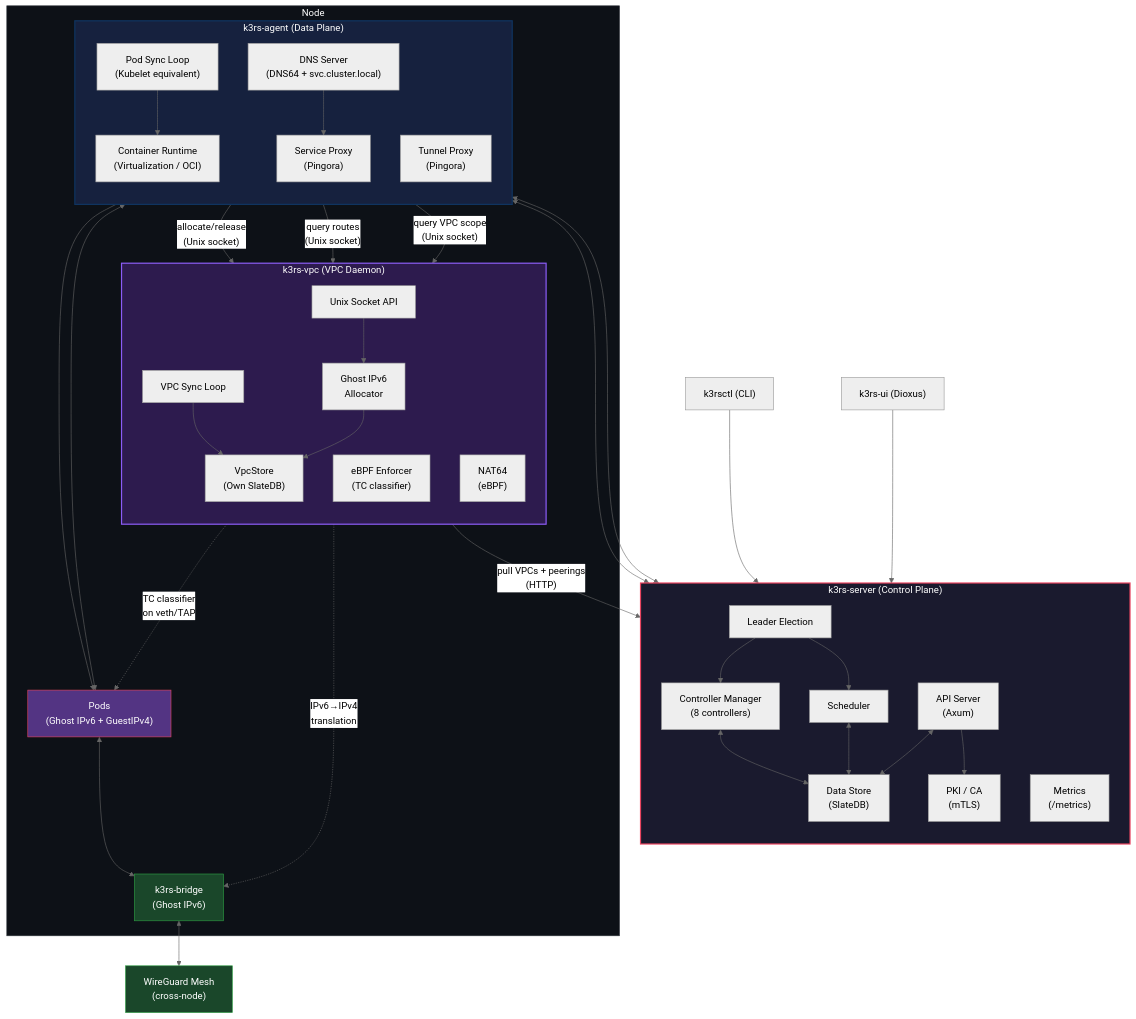
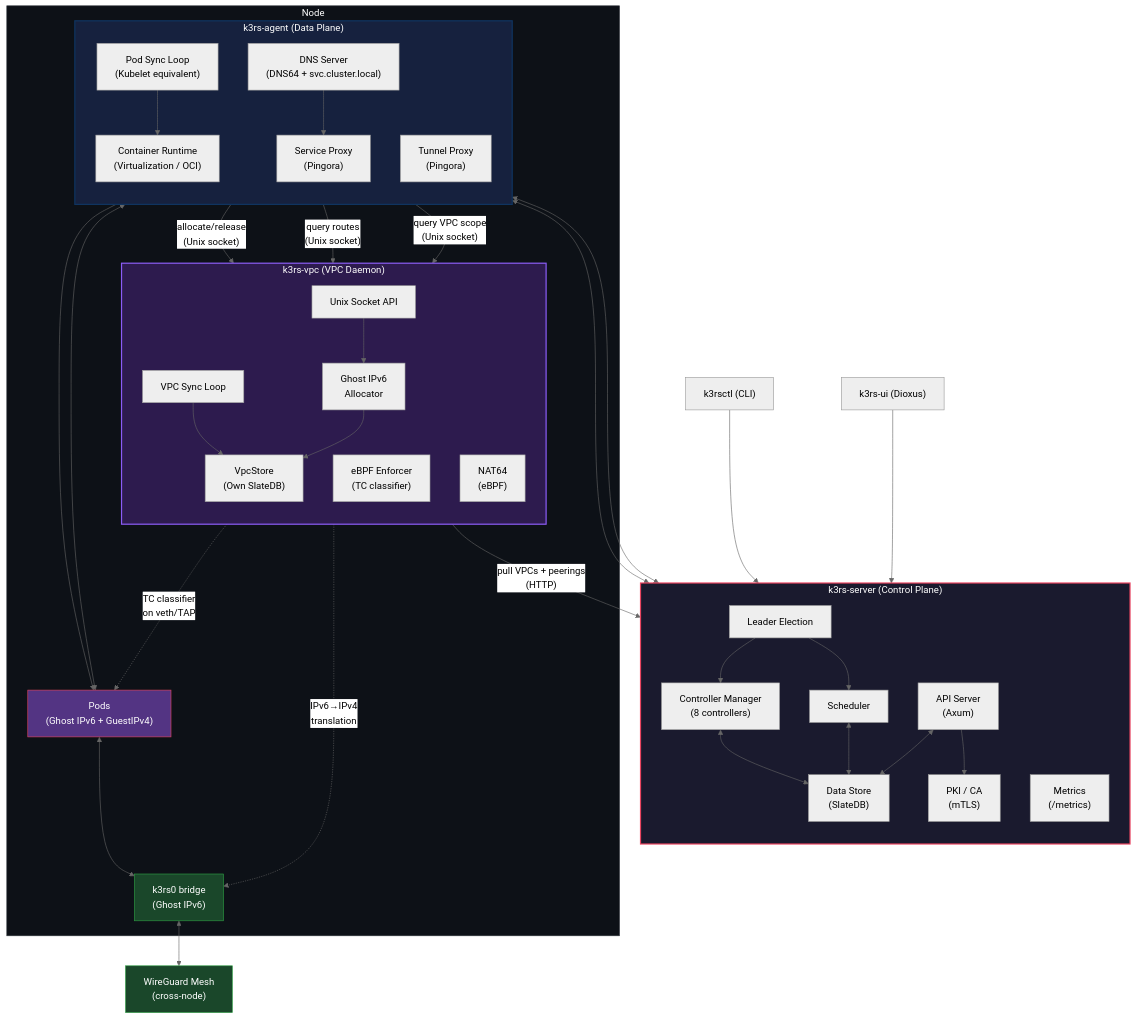
Before and after one commit to AssetsArt/k3rs: the diagram in spec.md, drawn with Mermaid (neutral theme). The commit also changed other lines of this file and 6 other files, not shown here.

Commit message:
feat: implement pod networking with k3rs0 bridge, veth pairs, and network namespaces, providing IPv6 to containers and Firecracker VMs.

````diff
--- a/spec.md
+++ b/spec.md
@@ -20,77 +20,77 @@
 ```mermaid
 graph TB
     subgraph server["k3rs-server (Control Plane)"]
         direction TB
         API["API Server<br/>(Axum)"]
         SCHED["Scheduler"]
         CTRL["Controller Manager<br/>(8 controllers)"]
         DB["Data Store<br/>(SlateDB)"]
         LEADER["Leader Election"]
         METRICS["Metrics<br/>(/metrics)"]
         PKI["PKI / CA<br/>(mTLS)"]
 
         API <--> DB
         SCHED <--> DB
         CTRL <--> DB
         LEADER --> CTRL
         LEADER --> SCHED
         API --> PKI
     end
 
     subgraph node["Node"]
         subgraph vpc_daemon["k3rs-vpc (VPC Daemon)"]
             direction TB
             VPC_SYNC["VPC Sync Loop"]
             GHOST["Ghost IPv6<br/>Allocator"]
             EBPF["eBPF Enforcer<br/>(TC classifier)"]
             NAT64["NAT64<br/>(eBPF)"]
             VPC_STORE["VpcStore<br/>(Own SlateDB)"]
             VPC_SOCK["Unix Socket API"]
 
             VPC_SYNC --> VPC_STORE
             GHOST --> VPC_STORE
             VPC_SOCK --> GHOST
         end
 
         subgraph agent["k3rs-agent (Data Plane)"]
             direction TB
             KUBELET["Pod Sync Loop<br/>(Kubelet equivalent)"]
             RUNTIME["Container Runtime<br/>(Virtualization / OCI)"]
             SPROXY["Service Proxy<br/>(Pingora)"]
             TUNNEL["Tunnel Proxy<br/>(Pingora)"]
             DNS["DNS Server<br/>(DNS64 + svc.cluster.local)"]
         end
 
-        BRIDGE["k3rs-bridge<br/>(Ghost IPv6)"]
+        BRIDGE["k3rs0 bridge<br/>(Ghost IPv6)"]
         PODS["Pods<br/>(Ghost IPv6 + GuestIPv4)"]
 
         KUBELET --> RUNTIME
         RUNTIME --> PODS
         SPROXY <--> PODS
         DNS --> SPROXY
         PODS <--> BRIDGE
         EBPF -.->|"TC classifier<br/>on veth/TAP"| PODS
         NAT64 -.->|"IPv6→IPv4<br/>translation"| BRIDGE
 
         KUBELET -- "allocate/release<br/>(Unix socket)" --> VPC_SOCK
         SPROXY -- "query routes<br/>(Unix socket)" --> VPC_SOCK
         DNS -- "query VPC scope<br/>(Unix socket)" --> VPC_SOCK
     end
 
     CLI["k3rsctl (CLI)"] --> API
     UI["k3rs-ui (Dioxus)"] --> API
     TUNNEL <--> API
     KUBELET <--> API
     VPC_SYNC -- "pull VPCs + peerings<br/>(HTTP)" --> API
 
     WG["WireGuard Mesh<br/>(cross-node)"]
     BRIDGE <--> WG
 
     style server fill:#1a1a2e,stroke:#e94560,stroke-width:2px,color:#fff
     style agent fill:#16213e,stroke:#0f3460,stroke-width:2px,color:#fff
     style vpc_daemon fill:#2d1b4e,stroke:#8b5cf6,stroke-width:2px,color:#fff
     style node fill:#0d1117,stroke:#30363d,stroke-width:1px,color:#fff
     style PODS fill:#533483,stroke:#e94560,color:#fff
     style BRIDGE fill:#1a472a,stroke:#2ea043,color:#fff
     style WG fill:#1a472a,stroke:#2ea043,color:#fff
 ```
````
